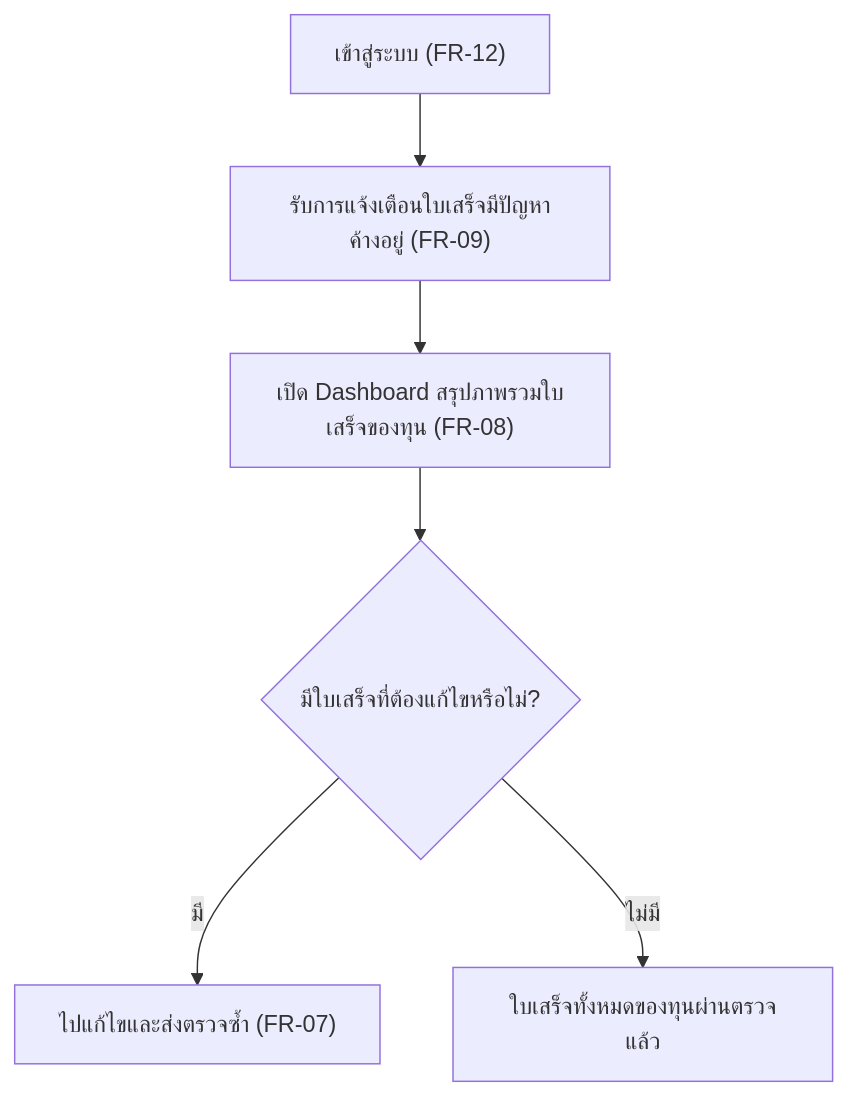
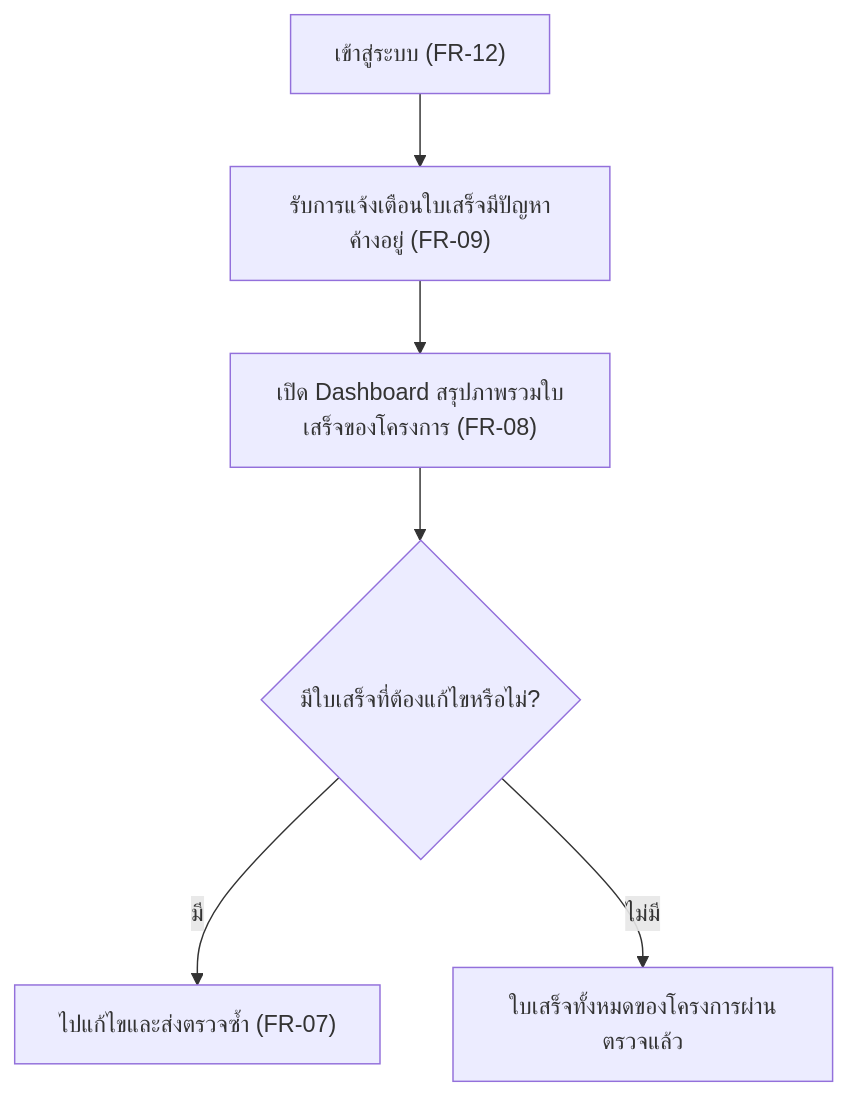
The second of 7 diagrams in docs/02-design/user-journey.md (ptrsswnr/Grant-Receipt-Assistant), drawn with Mermaid before and after one commit. The commit also changed other lines of this file and 18 other files, not shown here.

````diff
--- a/docs/02-design/user-journey.md
+++ b/docs/02-design/user-journey.md
@@ -112,13 +132,13 @@
 ```mermaid
 flowchart TD
     A["เข้าสู่ระบบ (FR-12)"]
     B["รับการแจ้งเตือนใบเสร็จมีปัญหาค้างอยู่ (FR-09)"]
-    C["เปิด Dashboard สรุปภาพรวมใบเสร็จของทุน (FR-08)"]
+    C["เปิด Dashboard สรุปภาพรวมใบเสร็จของโครงการ (FR-08)"]
     D{"มีใบเสร็จที่ต้องแก้ไขหรือไม่?"}
     E["ไปแก้ไขและส่งตรวจซ้ำ (FR-07)"]
-    F["ใบเสร็จทั้งหมดของทุนผ่านตรวจแล้ว"]
+    F["ใบเสร็จทั้งหมดของโครงการผ่านตรวจแล้ว"]
 
     A --> B --> C --> D
     D -->|มี| E
     D -->|ไม่มี| F
 ```
````
